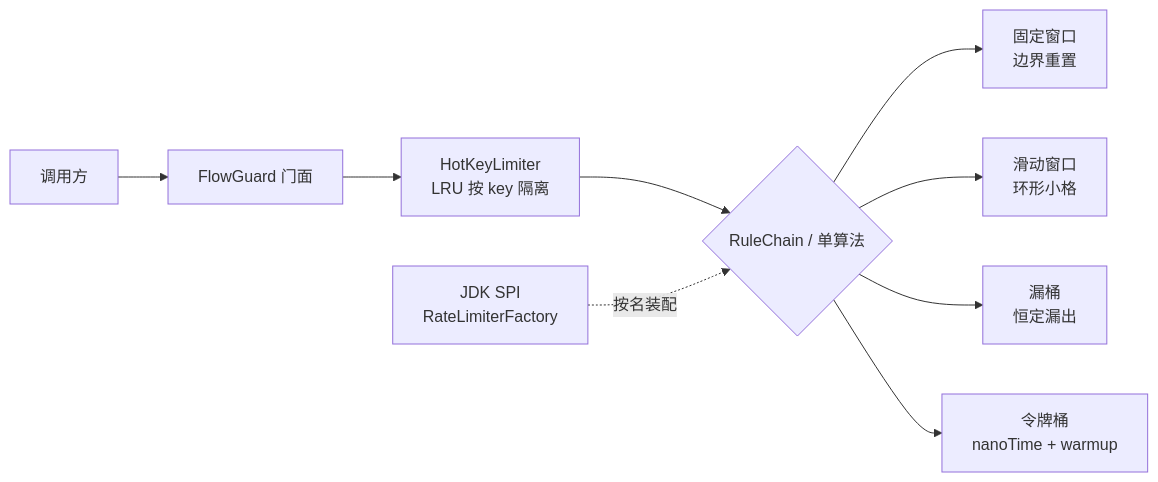
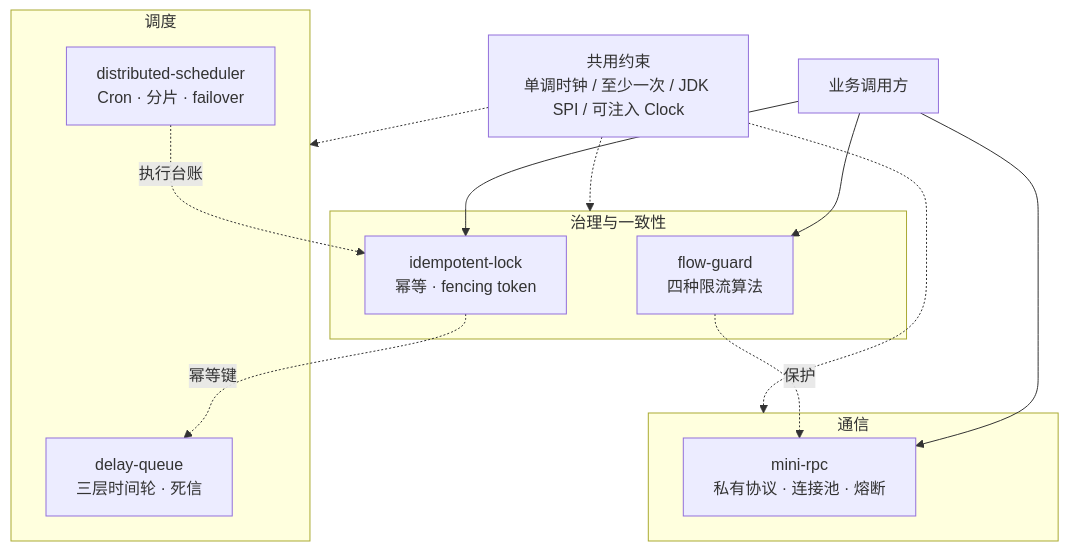
One commit to RAINSOLO-MAX/backend-portfolio changed the diagram in README.md. Above: the diagram before and after it, drawn with Mermaid. The commit also changed other lines of this file and 5 other files, not shown here.

````diff
--- a/README.md
+++ b/README.md
@@ -137,11 +34,24 @@
 ```mermaid
-flowchart LR
-    C[调用方] --> FG[FlowGuard 门面]
-    FG --> HK[HotKeyLimiter<br/>LRU 按 key 隔离]
-    HK --> CH{RuleChain / 单算法}
-    CH --> FW[固定窗口<br/>边界重置]
-    CH --> SW[滑动窗口<br/>环形小格]
-    CH --> LB[漏桶<br/>恒定漏出]
-    CH --> TB[令牌桶<br/>nanoTime + warmup]
-    SPI[JDK SPI<br/>RateLimiterFactory] -. 按名装配 .-> CH
+flowchart TB
+    CLI[业务调用方]
+    subgraph transport["通信"]
+      RPC[mini-rpc<br/>私有协议 · 连接池 · 熔断]
+    end
+    subgraph scheduling["调度"]
+      DQ[delay-queue<br/>三层时间轮 · 死信]
+      DS[distributed-scheduler<br/>Cron · 分片 · failover]
+    end
+    subgraph governance["治理与一致性"]
+      FG[flow-guard<br/>四种限流算法]
+      IL[idempotent-lock<br/>幂等 · fencing token]
+    end
+    CLI --> RPC
+    CLI --> FG
+    CLI --> IL
+    FG -. 保护 .-> RPC
+    IL -. 幂等键 .-> DQ
+    DS -. 执行台账 .-> IL
+    BASE[共用约束<br/>单调时钟 / 至少一次 / JDK SPI / 可注入 Clock] -.-> transport
+    BASE -.-> scheduling
+    BASE -.-> governance
 ```
````
